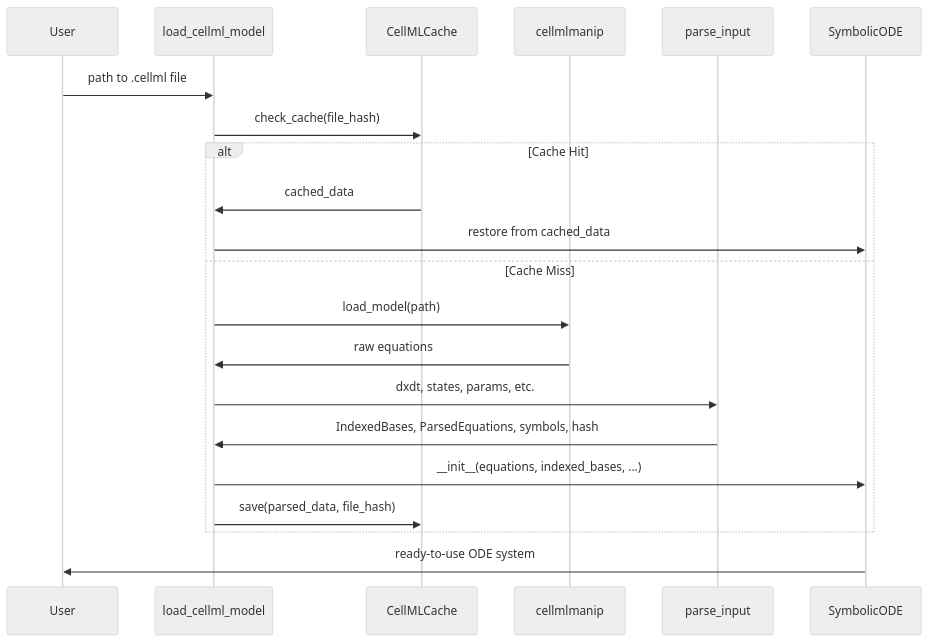
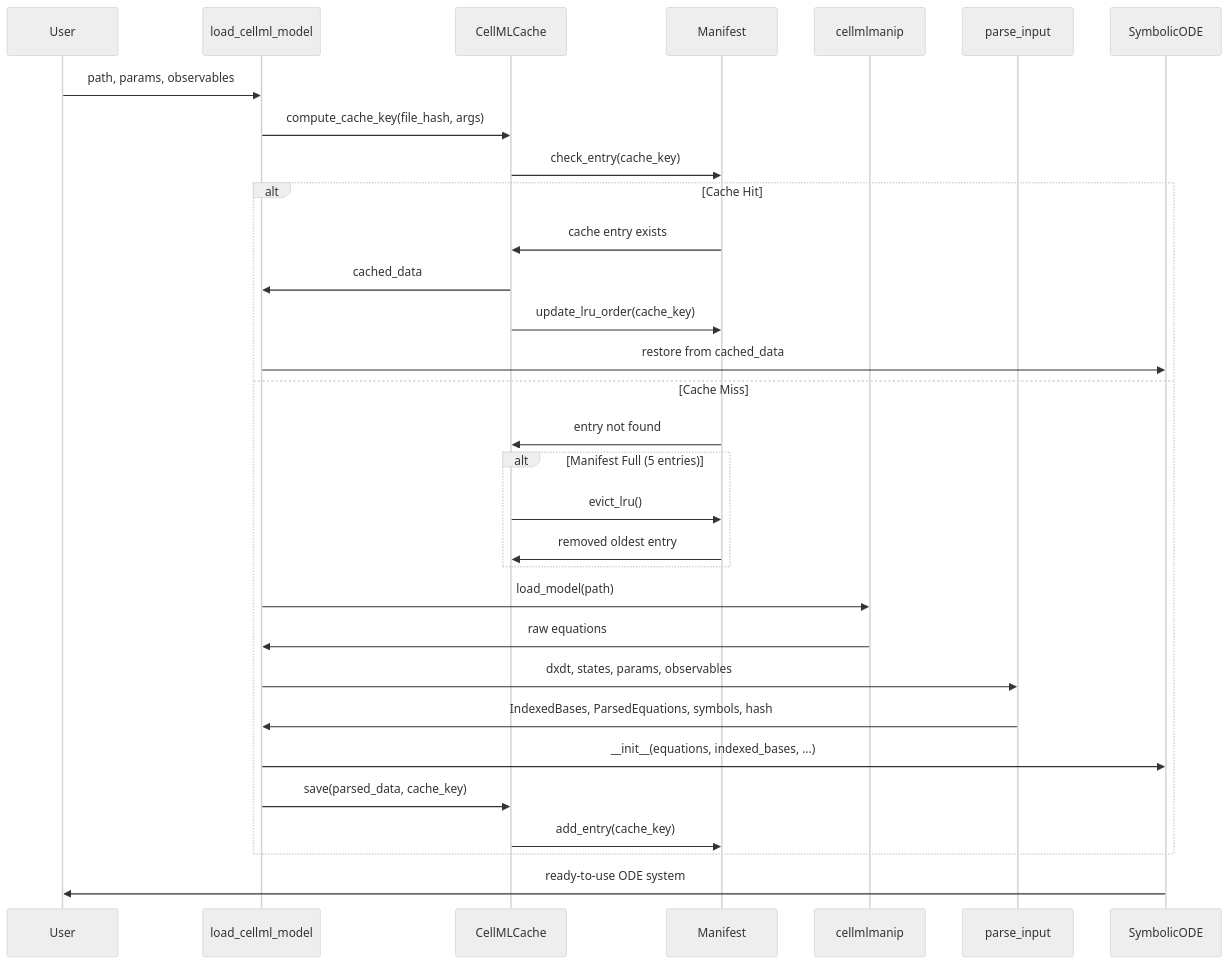
One commit to ccam80/cubie changed the third of 3 diagrams in .github/active_plans/cellml_object_caching/human_overview.md. Above: the diagram before and after it, drawn with Mermaid (neutral theme). The commit also changed other lines of this file and 7 other files, not shown here.

Commit message:
feat: implement LRU cache with argument-based keys for CellML caching

````diff
--- a/.github/active_plans/cellml_object_caching/human_overview.md
+++ b/.github/active_plans/cellml_object_caching/human_overview.md
@@ -66,26 +92,36 @@
 ```mermaid
 sequenceDiagram
     participant User
     participant load_cellml_model
     participant CellMLCache
+    participant Manifest
     participant cellmlmanip
     participant parse_input
     participant SymbolicODE
     
-    User->>load_cellml_model: path to .cellml file
-    load_cellml_model->>CellMLCache: check_cache(file_hash)
+    User->>load_cellml_model: path, params, observables
+    load_cellml_model->>CellMLCache: compute_cache_key(file_hash, args)
+    CellMLCache->>Manifest: check_entry(cache_key)
     
     alt Cache Hit
+        Manifest->>CellMLCache: cache entry exists
         CellMLCache->>load_cellml_model: cached_data
+        CellMLCache->>Manifest: update_lru_order(cache_key)
         load_cellml_model->>SymbolicODE: restore from cached_data
     else Cache Miss
+        Manifest->>CellMLCache: entry not found
+        alt Manifest Full (5 entries)
+            CellMLCache->>Manifest: evict_lru()
+            Manifest->>CellMLCache: removed oldest entry
+        end
         load_cellml_model->>cellmlmanip: load_model(path)
         cellmlmanip->>load_cellml_model: raw equations
-        load_cellml_model->>parse_input: dxdt, states, params, etc.
+        load_cellml_model->>parse_input: dxdt, states, params, observables
         parse_input->>load_cellml_model: IndexedBases, ParsedEquations, symbols, hash
         load_cellml_model->>SymbolicODE: __init__(equations, indexed_bases, ...)
-        load_cellml_model->>CellMLCache: save(parsed_data, file_hash)
+        load_cellml_model->>CellMLCache: save(parsed_data, cache_key)
+        CellMLCache->>Manifest: add_entry(cache_key)
     end
     
     SymbolicODE->>User: ready-to-use ODE system
 ```
````
